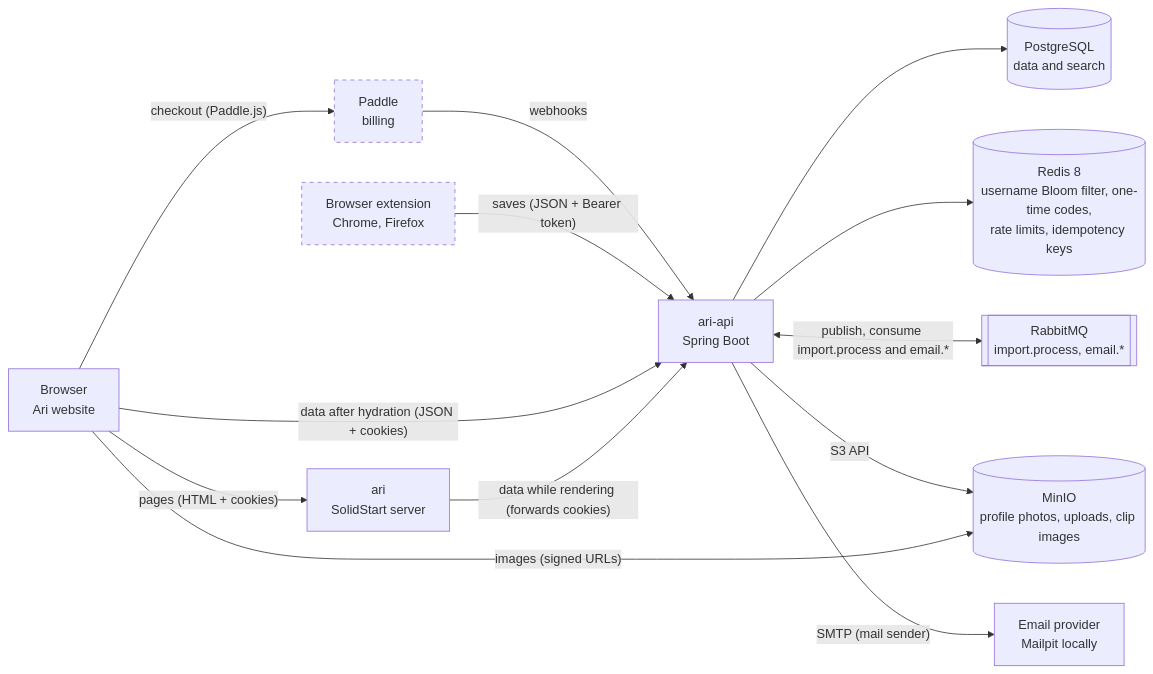
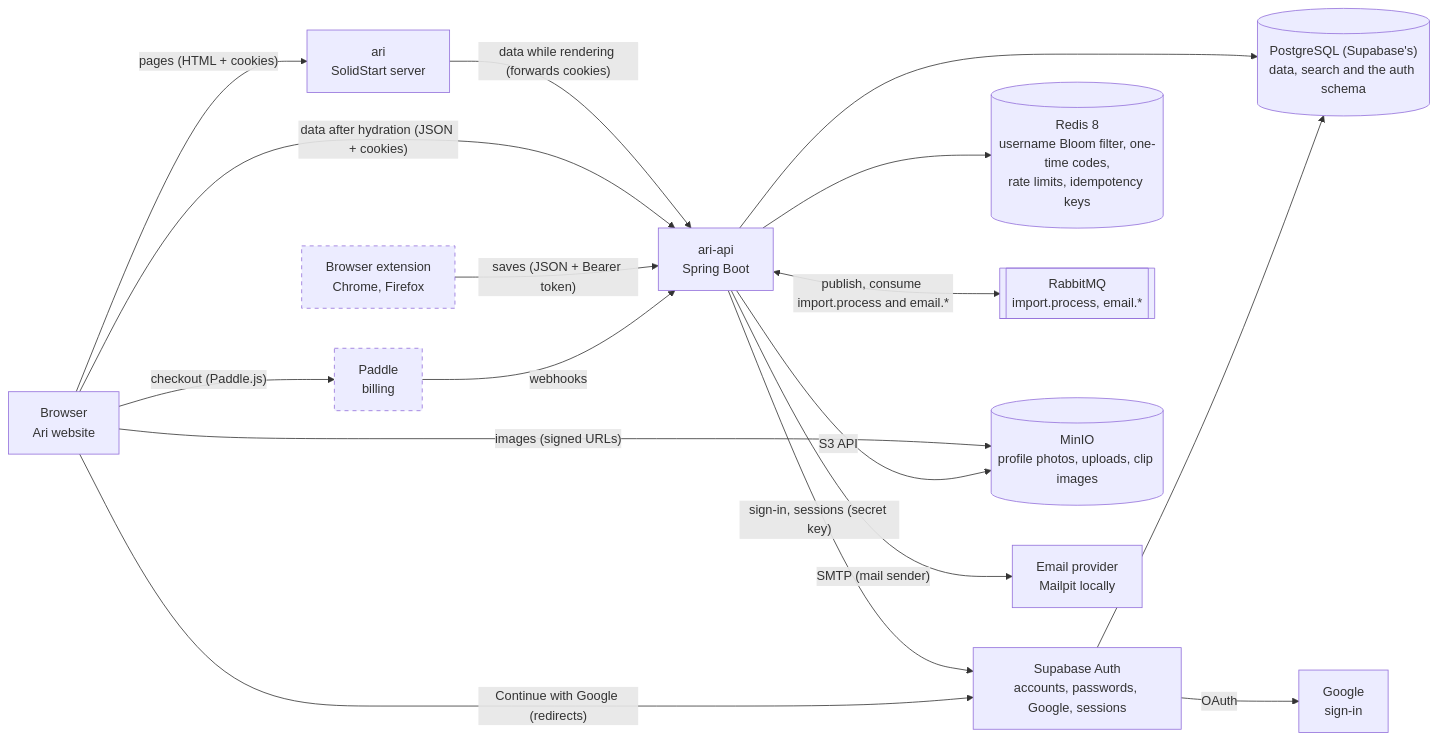
Before and after one commit to salimsalimzade/ari-api: the first of 2 diagrams in docs/architecture.md, drawn with Mermaid. The commit also changed other lines of this file and 59 other files, not shown here.

Commit message:
feature(signin): move auth related things to supabase

````diff
--- a/docs/architecture.md
+++ b/docs/architecture.md
@@ -17,29 +17,35 @@
 ```mermaid
 flowchart LR
   browser["Browser<br/>Ari website"]
   ext["Browser extension<br/>Chrome, Firefox"]
   web["ari<br/>SolidStart server"]
   api["ari-api<br/>Spring Boot"]
-  db[("PostgreSQL<br/>data and search")]
+  supa["Supabase Auth<br/>accounts, passwords, Google, sessions"]
+  db[("PostgreSQL (Supabase's)<br/>data, search and the auth schema")]
+  google["Google<br/>sign-in"]
   redis[("Redis 8<br/>username Bloom filter, one-time codes,<br/>rate limits, idempotency keys")]
   mq[["RabbitMQ<br/>import.process, email.*"]]
   files[("MinIO<br/>profile photos, uploads, clip images")]
   esp["Email provider<br/>Mailpit locally"]
   paddle["Paddle<br/>billing"]
 
   browser -- "pages (HTML + cookies)" --> web
   web -- "data while rendering (forwards cookies)" --> api
   browser -- "data after hydration (JSON + cookies)" --> api
   ext -- "saves (JSON + Bearer token)" --> api
   browser -- "images (signed URLs)" --> files
   browser -- "checkout (Paddle.js)" --> paddle
   paddle -- "webhooks" --> api
   api --> db
+  api -- "sign-in, sessions (secret key)" --> supa
+  supa --> db
+  browser -- "Continue with Google (redirects)" --> supa
+  supa -- "OAuth" --> google
   api --> redis
   api <-- "publish, consume import.process and email.*" --> mq
   api -- "S3 API" --> files
   api -- "SMTP (mail sender)" --> esp
 
   classDef later stroke-dasharray: 5 5
   class ext,paddle later
 ```
````
